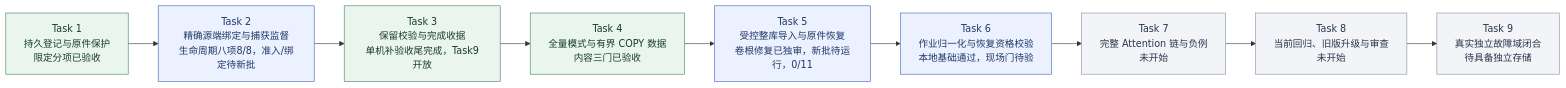
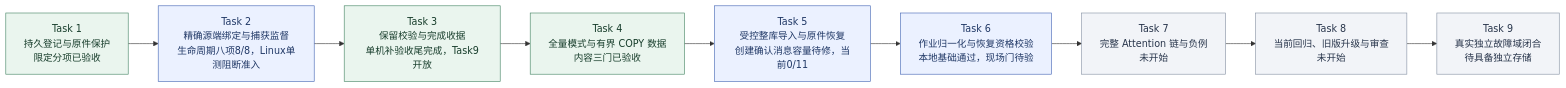
Before and after one commit to MansurnamedZhang/learning-system-p0c4: the second of 9 diagrams in docs/KnowWeave实施路线与系统架构.md, drawn with Mermaid. The commit also changed other lines of this file and 14 other files, not shown here.

````diff
--- a/docs/KnowWeave实施路线与系统架构.md
+++ b/docs/KnowWeave实施路线与系统架构.md
@@ -72,26 +72,26 @@
 ```mermaid
 flowchart LR
     C4T1["Task 1<br/>持久登记与原件保护<br/>限定分项已验收"]
-    C4T2["Task 2<br/>精确源端绑定与捕获监督<br/>生命周期八项8/8，准入/绑定待新批"]
+    C4T2["Task 2<br/>精确源端绑定与捕获监督<br/>生命周期八项8/8，Linux单测阻断准入"]
     C4T3["Task 3<br/>保留校验与完成收据<br/>单机补验收尾完成，Task9开放"]
     C4T4["Task 4<br/>全量模式与有界 COPY 数据<br/>内容三门已验收"]
-    C4T5["Task 5<br/>受控整库导入与原件恢复<br/>卷根修复已独审，新批待运行，0/11"]
+    C4T5["Task 5<br/>受控整库导入与原件恢复<br/>创建确认消息容量待修，当前0/11"]
     C4T6["Task 6<br/>作业归一化与恢复资格校验<br/>本地基础通过，现场门待验"]
     C4T7["Task 7<br/>完整 Attention 链与负例<br/>未开始"]
     C4T8["Task 8<br/>当前回归、旧版升级与审查<br/>未开始"]
     C4T9["Task 9<br/>真实独立故障域闭合<br/>待具备独立存储"]
     C4T1 --> C4T2
     C4T2 --> C4T3
     C4T3 --> C4T4
     C4T4 --> C4T5
     C4T5 --> C4T6
     C4T6 --> C4T7
     C4T7 --> C4T8
     C4T8 --> C4T9
     class C4T1,C4T3,C4T4 done
     class C4T2,C4T5,C4T6 next
     class C4T7,C4T8,C4T9 planned
     classDef done fill:#eaf5ee,stroke:#438363,color:#173d2b
     classDef next fill:#ebf1ff,stroke:#4365b4,color:#203866
     classDef planned fill:#f2f4f8,stroke:#8591a3,color:#28354b
 ```
````
